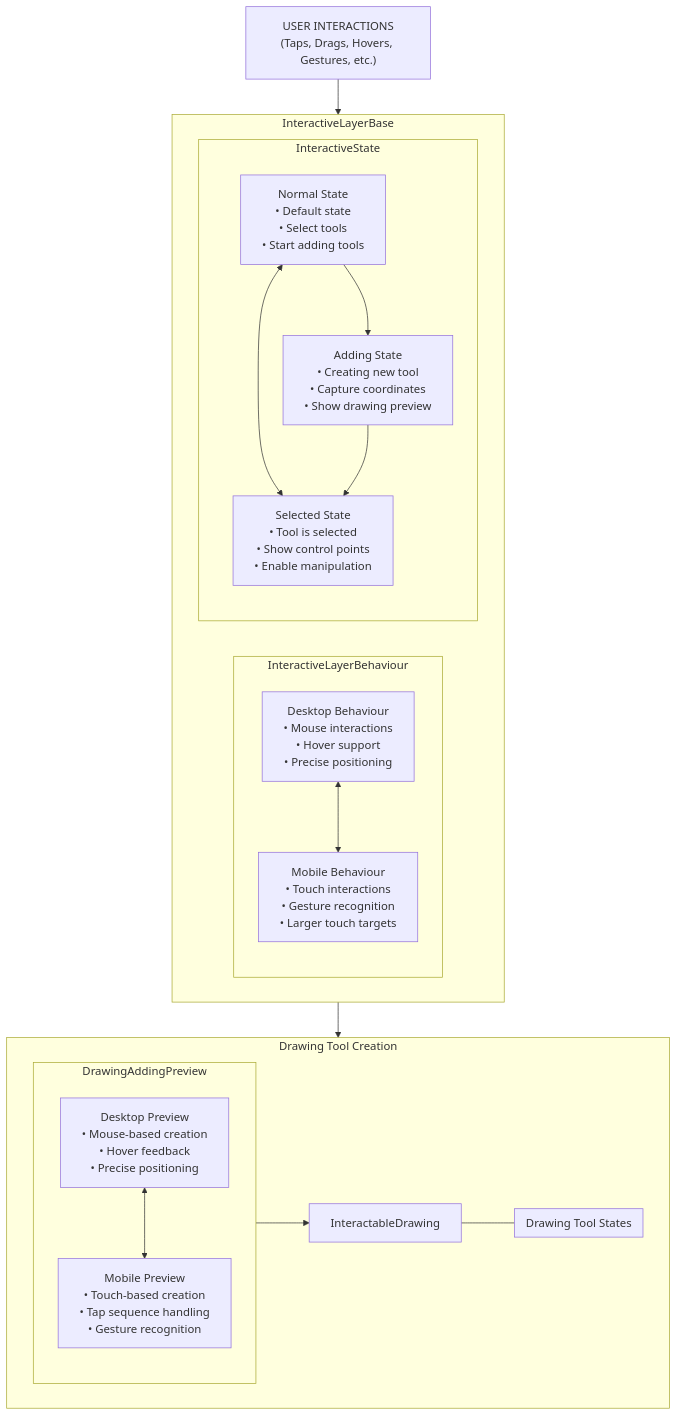
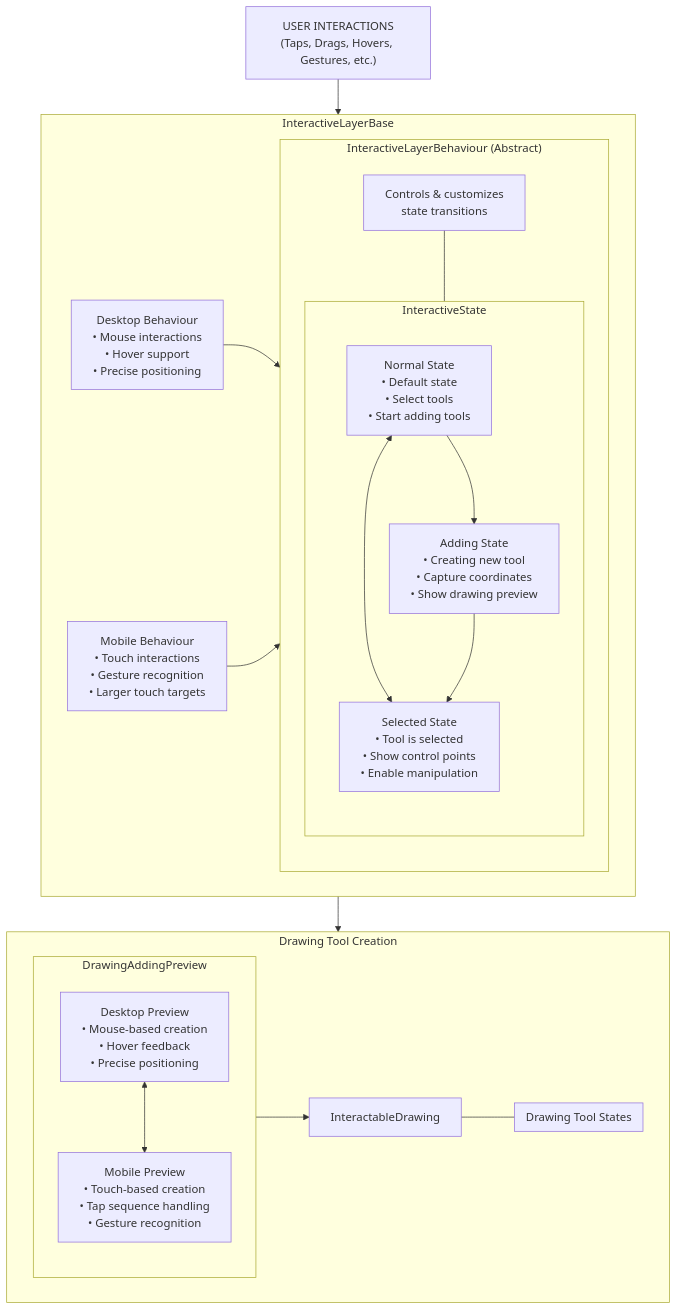
The diagram in doc/diagrams/interactive_layer_architecture.mmd (jim-deriv/flutter-chart), drawn with Mermaid before and after one commit. The commit also changed 1 other file, not shown here.

Commit message:
update drawing tools architecture diagram

```diff
--- a/doc/diagrams/interactive_layer_architecture.mmd
+++ b/doc/diagrams/interactive_layer_architecture.mmd
@@ -1,42 +1,46 @@
 flowchart TD
     UserInteractions["USER INTERACTIONS\n(Taps, Drags, Hovers, Gestures, etc.)"]
     
     subgraph InteractiveLayerBase["InteractiveLayerBase"]
-        subgraph Behaviour["InteractiveLayerBehaviour"]
-            DesktopBehaviour["Desktop Behaviour\n• Mouse interactions\n• Hover support\n• Precise positioning"]
-            MobileBehaviour["Mobile Behaviour\n• Touch interactions\n• Gesture recognition\n• Larger touch targets"]
+        subgraph Behaviour["InteractiveLayerBehaviour (Abstract)"]
+            BehaviourNote["Controls & customizes\nstate transitions"]
             
-            DesktopBehaviour <--> MobileBehaviour
+            subgraph States["InteractiveState"]
+                NormalState["Normal State\n• Default state\n• Select tools\n• Start adding tools"]
+                SelectedState["Selected State\n• Tool is selected\n• Show control points\n• Enable manipulation"]
+                AddingState["Adding State\n• Creating new tool\n• Capture coordinates\n• Show drawing preview"]
+                
+                NormalState <--> SelectedState
+                NormalState --> AddingState
+                AddingState --> SelectedState
+            end
         end
         
-        subgraph States["InteractiveState"]
-            NormalState["Normal State\n• Default state\n• Select tools\n• Start adding tools"]
-            SelectedState["Selected State\n• Tool is selected\n• Show control points\n• Enable manipulation"]
-            AddingState["Adding State\n• Creating new tool\n• Capture coordinates\n• Show drawing preview"]
-            
-            NormalState <--> SelectedState
-            NormalState --> AddingState
-            AddingState --> SelectedState
-        end
+        DesktopBehaviour["Desktop Behaviour\n• Mouse interactions\n• Hover support\n• Precise positioning"]
+        MobileBehaviour["Mobile Behaviour\n• Touch interactions\n• Gesture recognition\n• Larger touch targets"]
+        
+        DesktopBehaviour --> Behaviour
+        MobileBehaviour --> Behaviour
+        BehaviourNote --- States
     end
     
     subgraph DrawingToolCreation["Drawing Tool Creation"]
         subgraph Preview["DrawingAddingPreview"]
             DesktopPreview["Desktop Preview\n• Mouse-based creation\n• Hover feedback\n• Precise positioning"]
             MobilePreview["Mobile Preview\n• Touch-based creation\n• Tap sequence handling\n• Gesture recognition"]
             
             DesktopPreview <--> MobilePreview
         end
         
         InteractableDrawing["InteractableDrawing"]
         
         subgraph ToolStates["Drawing Tool States"]
             States["See the DrawingToolState section for details on the\ndifferent states a drawing tool can be in (idle, selected,\nhovered, adding, dragging, animating)"]
         end
         
         InteractableDrawing --- ToolStates
     end
     
     UserInteractions --> InteractiveLayerBase
     InteractiveLayerBase --> DrawingToolCreation
     Preview --> InteractableDrawing
```
